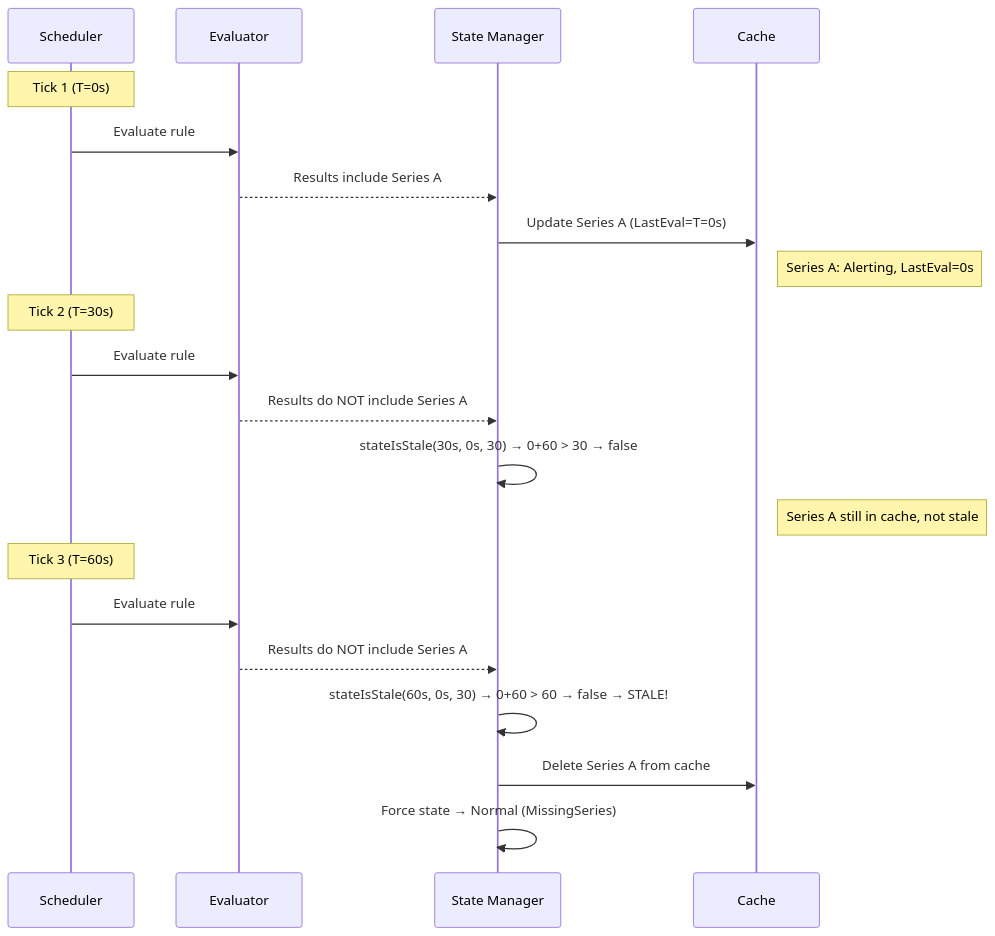
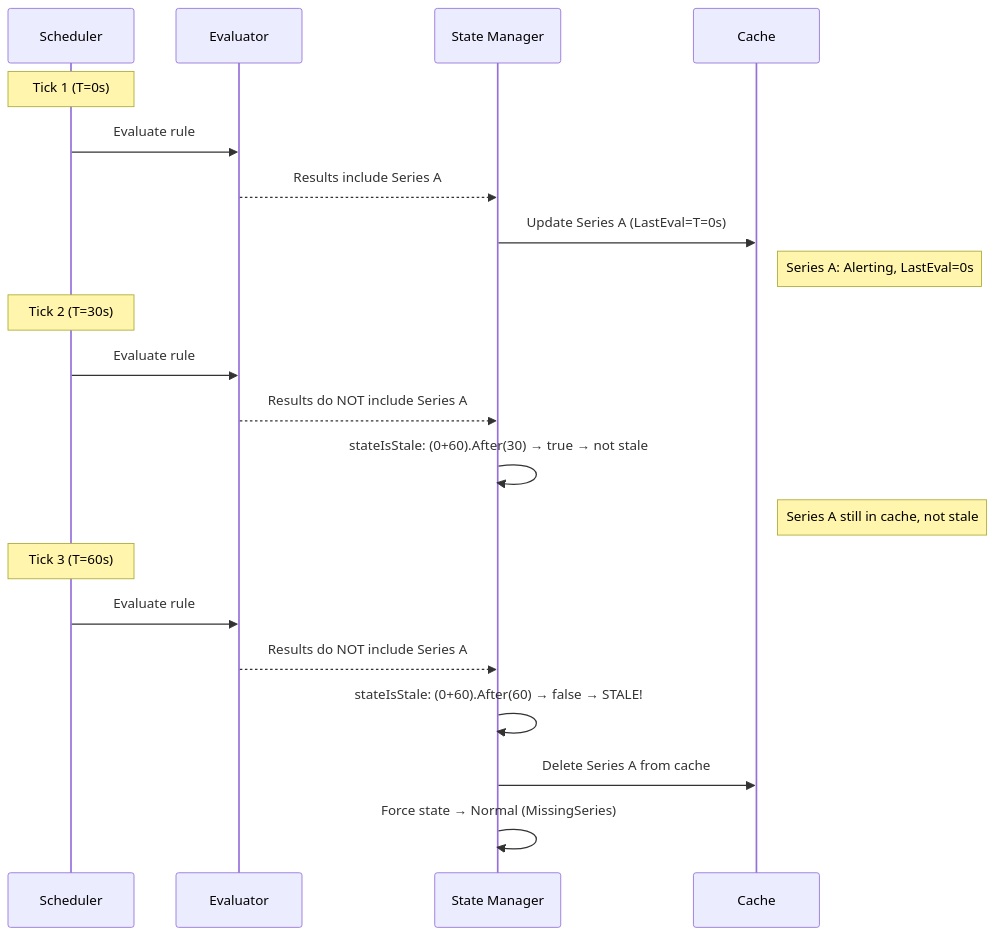
One commit to blitzy-research/grafana changed the first of 5 diagrams in blitzy/documentation/grafana_4550cfb5b728.md. Above: the diagram before and after it, drawn with Mermaid. The commit also changed other lines of this file, not shown here.

First line of the commit message:
fix: correct stateIsStale formula notation in documentation diagrams and tables

````diff
--- a/blitzy/documentation/grafana_4550cfb5b728.md
+++ b/blitzy/documentation/grafana_4550cfb5b728.md
@@ -88,26 +88,26 @@
 ```mermaid
 sequenceDiagram
     participant S as Scheduler
     participant E as Evaluator
     participant SM as State Manager
     participant C as Cache
 
     Note over S: Tick 1 (T=0s)
     S->>E: Evaluate rule
     E-->>SM: Results include Series A
     SM->>C: Update Series A (LastEval=T=0s)
     Note right of C: Series A: Alerting, LastEval=0s
 
     Note over S: Tick 2 (T=30s)
     S->>E: Evaluate rule
     E-->>SM: Results do NOT include Series A
-    SM->>SM: stateIsStale(30s, 0s, 30) → 0+60 > 30 → false
+    SM->>SM: stateIsStale: (0+60).After(30) → true → not stale
     Note right of C: Series A still in cache, not stale
 
     Note over S: Tick 3 (T=60s)
     S->>E: Evaluate rule
     E-->>SM: Results do NOT include Series A
-    SM->>SM: stateIsStale(60s, 0s, 30) → 0+60 > 60 → false → STALE!
+    SM->>SM: stateIsStale: (0+60).After(60) → false → STALE!
     SM->>C: Delete Series A from cache
     SM->>SM: Force state → Normal (MissingSeries)
 ```
````
